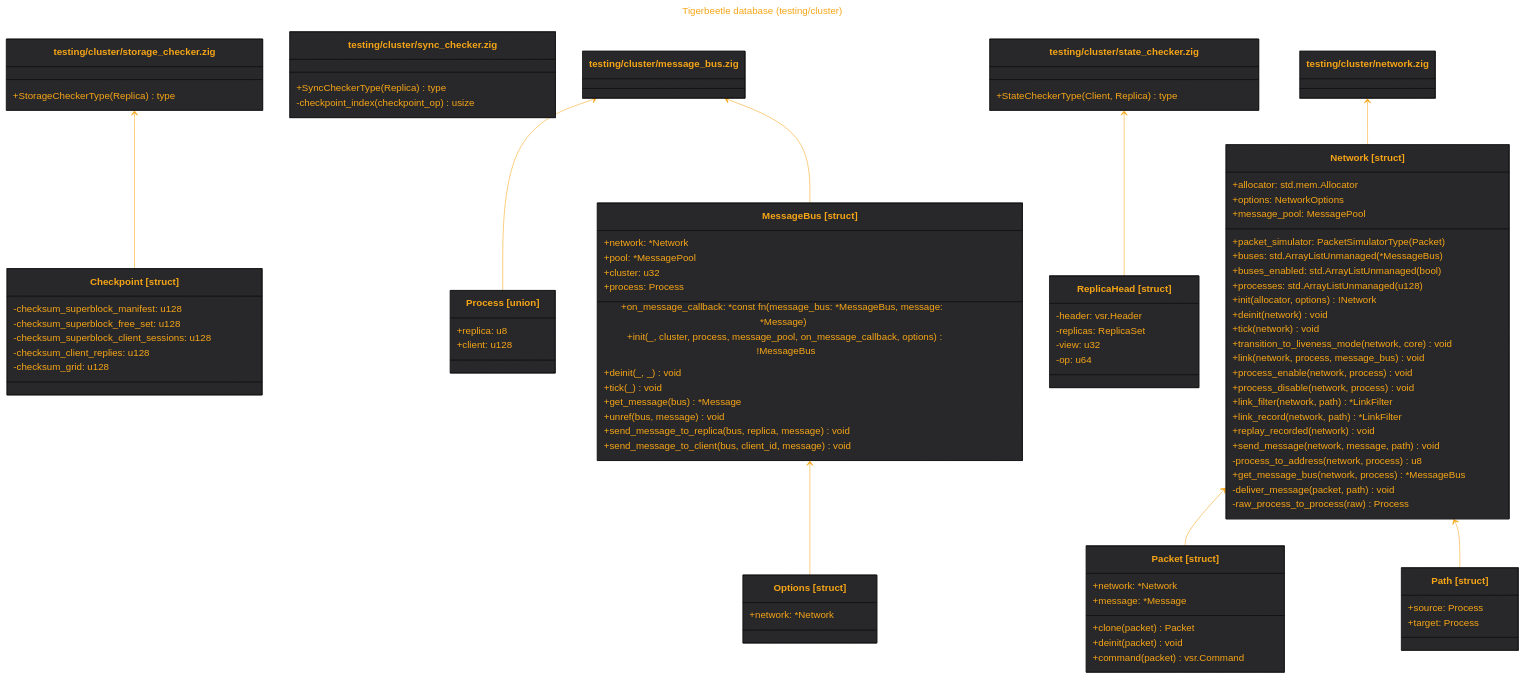
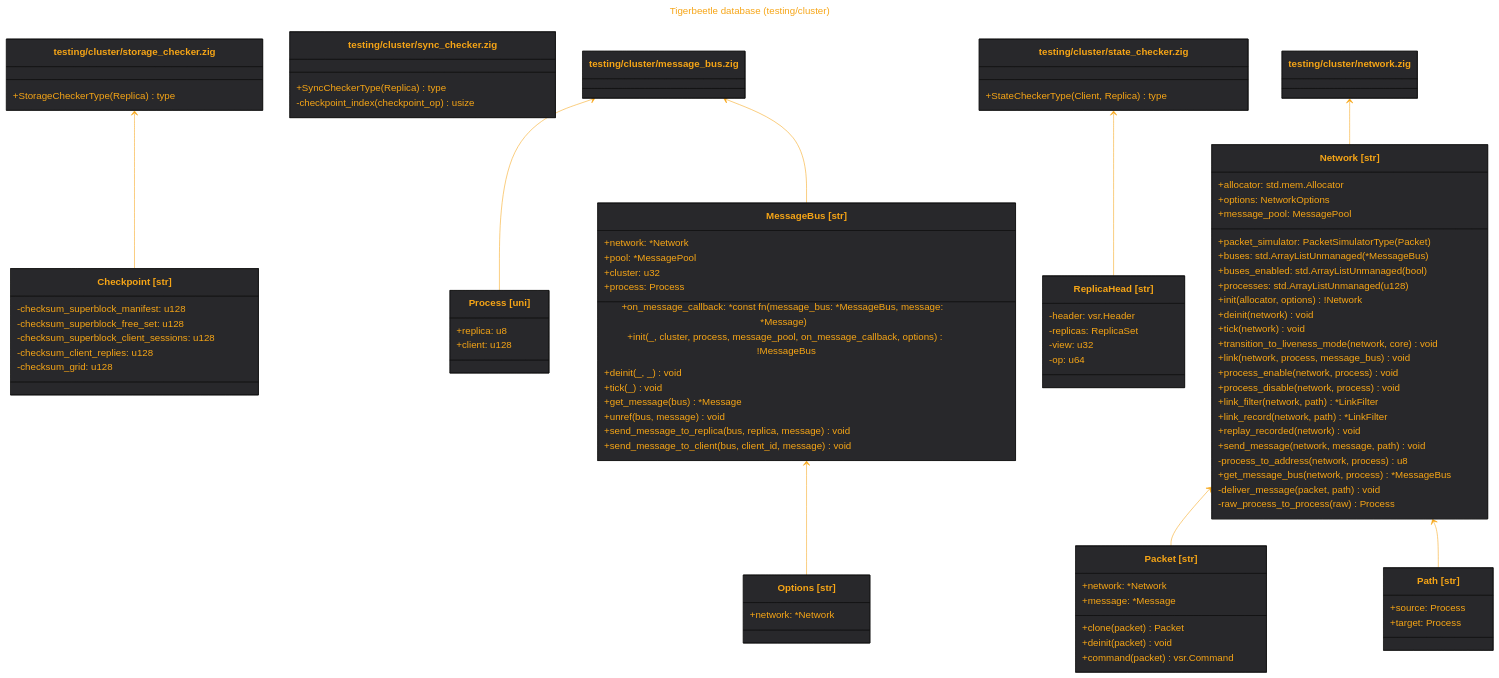
Before and after one commit to tensorush/meduza: the diagram in out/src.testing.cluster.md, drawn with Mermaid. The commit also changed 17 other files, not shown here.

```diff
--- a/out/src.testing.cluster.md
+++ b/out/src.testing.cluster.md
@@ -15,7 +15,7 @@
     }
 }%%
 classDiagram
-class Checkpoint["Checkpoint [struct]"] {
+class Checkpoint["Checkpoint [str]"] {
     -checksum_superblock_manifest: u128
     -checksum_superblock_free_set: u128
     -checksum_superblock_client_sessions: u128
@@ -33,16 +33,16 @@
     -checkpoint_index(checkpoint_op) usize
 }
 link `testing/cluster/sync_checker.zig` "https://github.com/tigerbeetle/tigerbeetle/blob/main/src/testing/cluster/sync_checker.zig"
-class Process["Process [union]"] {
+class Process["Process [uni]"] {
     +replica: u8
     +client: u128
 }
 link Process "https://github.com/tigerbeetle/tigerbeetle/blob/main/src/testing/cluster/message_bus.zig#L13"
-class Options["Options [struct]"] {
+class Options["Options [str]"] {
     +network: *Network
 }
 link Options "https://github.com/tigerbeetle/tigerbeetle/blob/main/src/testing/cluster/message_bus.zig#L28"
-class MessageBus["MessageBus [struct]"] {
+class MessageBus["MessageBus [str]"] {
     +network: *Network
     +pool: *MessagePool
     +cluster: u32
@@ -62,7 +62,7 @@
 `testing/cluster/message_bus.zig` <-- Process
 `testing/cluster/message_bus.zig` <-- MessageBus
 link `testing/cluster/message_bus.zig` "https://github.com/tigerbeetle/tigerbeetle/blob/main/src/testing/cluster/message_bus.zig"
-class ReplicaHead["ReplicaHead [struct]"] {
+class ReplicaHead["ReplicaHead [str]"] {
     -header: vsr.Header
     -replicas: ReplicaSet
     -view: u32
@@ -74,7 +74,7 @@
 }
 `testing/cluster/state_checker.zig` <-- ReplicaHead
 link `testing/cluster/state_checker.zig` "https://github.com/tigerbeetle/tigerbeetle/blob/main/src/testing/cluster/state_checker.zig"
-class Packet["Packet [struct]"] {
+class Packet["Packet [str]"] {
     +network: *Network
     +message: *Message
     +clone(packet) Packet
@@ -82,12 +82,12 @@
     +command(packet) vsr.Command
 }
 link Packet "https://github.com/tigerbeetle/tigerbeetle/blob/main/src/testing/cluster/network.zig#L26"
-class Path["Path [struct]"] {
+class Path["Path [str]"] {
     +source: Process
     +target: Process
 }
 link Path "https://github.com/tigerbeetle/tigerbeetle/blob/main/src/testing/cluster/network.zig#L46"
-class Network["Network [struct]"] {
+class Network["Network [str]"] {
     +allocator: std.mem.Allocator
     +options: NetworkOptions
     +packet_simulator: PacketSimulatorType(Packet)
```
